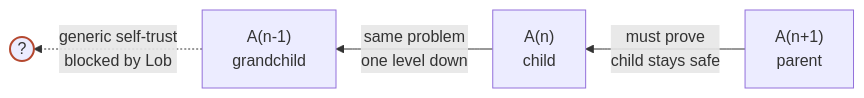
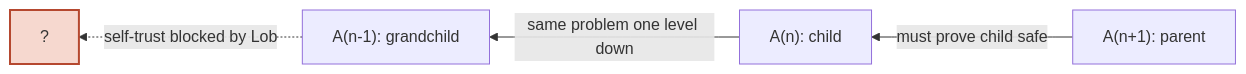
Before and after one commit to engineering87/engineering87.github.io: the second of 2 diagrams in _posts/2026-06-07-ai-rsi.md, drawn with Mermaid. The commit also changed other lines of this file, not shown here.

```diff
--- a/_posts/2026-06-07-ai-rsi.md
+++ b/_posts/2026-06-07-ai-rsi.md
@@ -113,7 +116,7 @@
 <pre class="mermaid">
 flowchart RL
-    A2["A(n+1)<br/>parent"] -->|"must prove<br/>child stays safe"| A1["A(n)<br/>child"]
-    A1 -->|"same problem<br/>one level down"| A0["A(n-1)<br/>grandchild"]
-    A0 -.->|"generic self-trust<br/>blocked by Lob"| X(("?"))
-    style X stroke:#b5482f,stroke-width:2px
+    A2["A(n+1): parent"] -->|must prove child safe| A1["A(n): child"]
+    A1 -->|same problem one level down| A0["A(n-1): grandchild"]
+    A0 -. self-trust blocked by Lob .-> X["?"]
+    style X fill:#f6d8cf,stroke:#b5482f,stroke-width:2px
 </pre>
```
